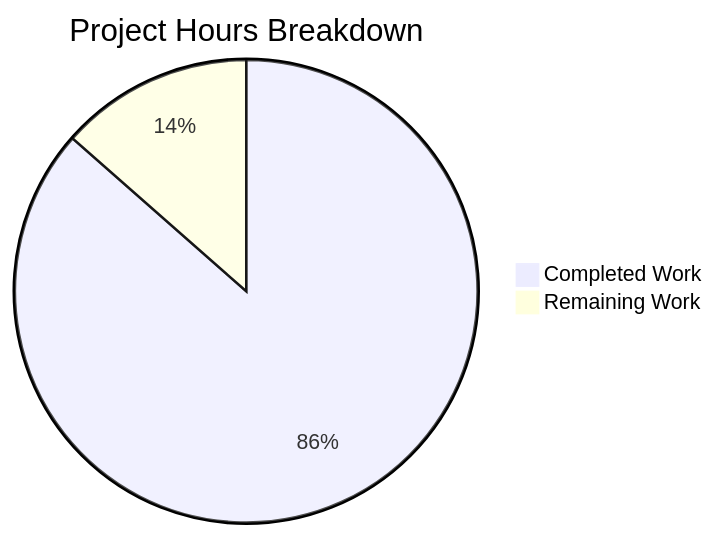
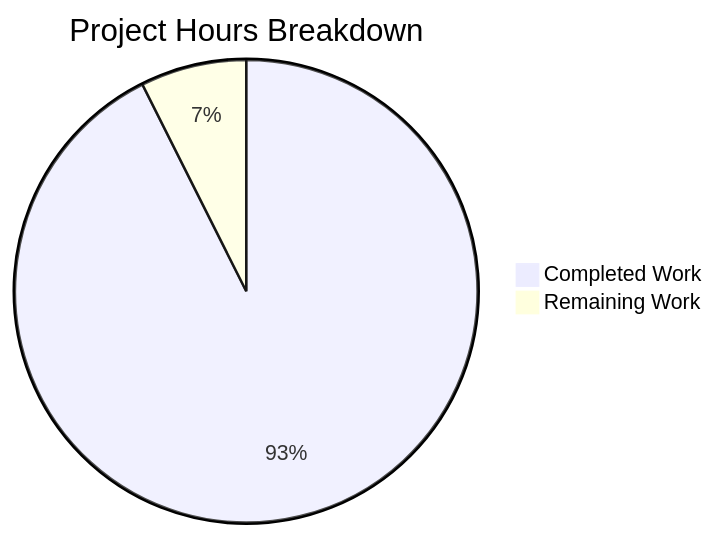
One commit to Blitzy-Sandbox/kalle changed the second of 2 diagrams in blitzy/documentation/Project Guide.md. Above: the diagram before and after it, drawn with Mermaid. The commit also changed other lines of this file, not shown here.

Commit message:
Adding Blitzy Project Guide: Project Status and Human Tasks Remaining

````diff
--- a/blitzy/documentation/Project Guide.md
+++ b/blitzy/documentation/Project Guide.md
@@ -237,5 +261,5 @@
 ```mermaid
 pie title Project Hours Breakdown
-    "Completed Work" : 384
-    "Remaining Work" : 60
+    "Completed Work" : 400
+    "Remaining Work" : 32
 ```
````
